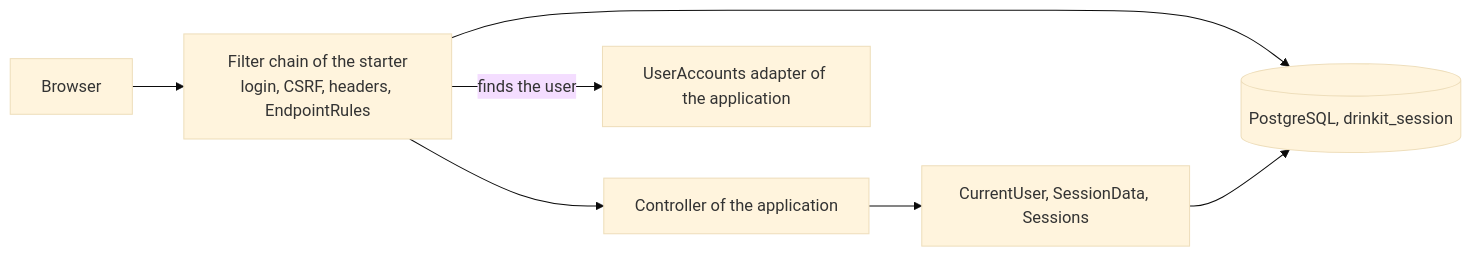
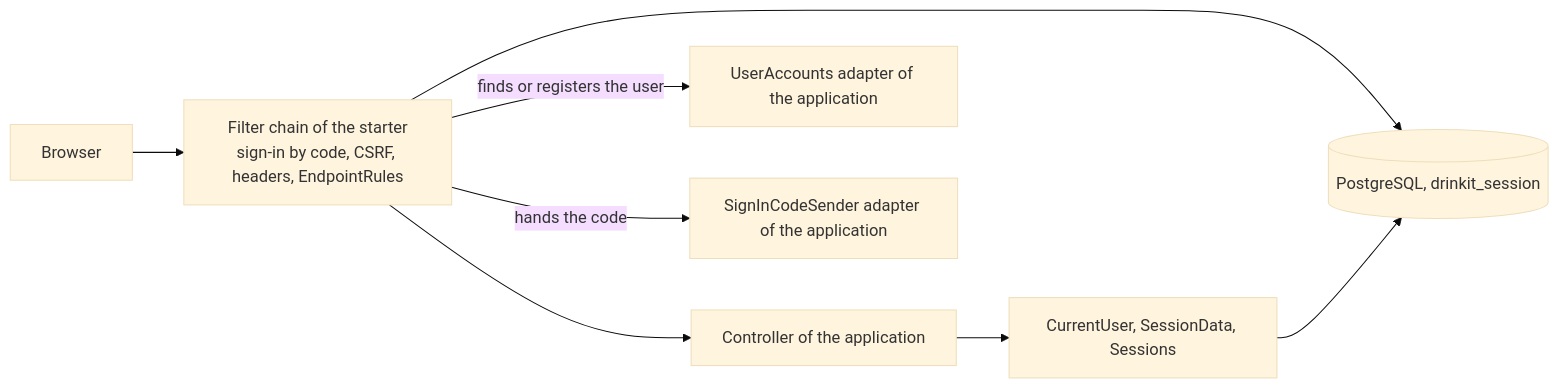
One commit to mboisnard/drinkit changed the first of 3 diagrams in tech-starters/backend/security-starter/README.md. Above: the diagram before and after it, drawn with Mermaid (base theme). The commit also changed other lines of this file and 13 other files, not shown here.

Commit message:
[DOCUMENTATION] Explain the sign-in by a code sent by email, and where each piece lives (#586)

````diff
--- a/tech-starters/backend/security-starter/README.md
+++ b/tech-starters/backend/security-starter/README.md
@@ -10,9 +10,10 @@
 ```mermaid
 flowchart LR
-    Browser --> Chain["Filter chain of the starter<br/>login, CSRF, headers, EndpointRules"]
+    Browser --> Chain["Filter chain of the starter<br/>sign-in by code, CSRF, headers, EndpointRules"]
     Chain --> Controller[Controller of the application]
     Controller --> Api["CurrentUser, SessionData, Sessions"]
-    Chain -->|finds the user| Port[UserAccounts adapter of the application]
+    Chain -->|finds or registers the user| Port[UserAccounts adapter of the application]
+    Chain -->|hands the code| Sender[SignInCodeSender adapter of the application]
     Chain --> DB[(PostgreSQL, drinkit_session)]
     Api --> DB
 ```
````
